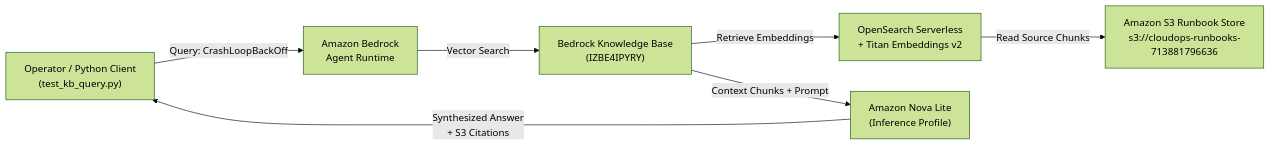
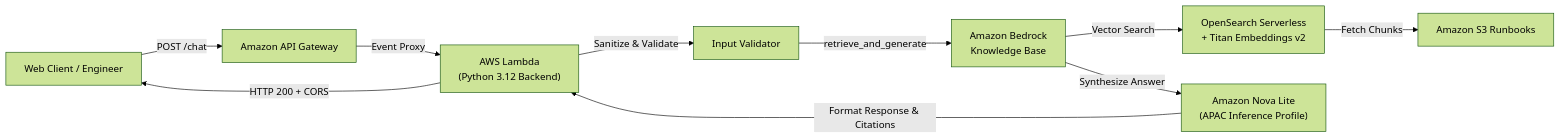
The diagram in README.md (rits1309/AWS-Infrastructure-Troubleshooting-Chatbot), drawn with Mermaid (forest theme) before and after one commit. The commit also changed other lines of this file, not shown here.

Commit message:
docs: update README.md with Phase 2 serverless backend architecture and test results

````diff
--- a/README.md
+++ b/README.md
@@ -16,9 +13,12 @@
 ```mermaid
 flowchart LR
-    A["Operator / Python Client\n(test_kb_query.py)"] -->|"Query: CrashLoopBackOff"| B["Amazon Bedrock\nAgent Runtime"]
-    B -->|"Vector Search"| C["Bedrock Knowledge Base\n(IZBE4IPYRY)"]
-    C -->|"Retrieve Embeddings"| D["OpenSearch Serverless\n+ Titan Embeddings v2"]
-    D -->|"Read Source Chunks"| E["Amazon S3 Runbook Store\ns3://cloudops-runbooks-713881796636"]
-    C -->|"Context Chunks + Prompt"| F["Amazon Nova Lite\n(Inference Profile)"]
-    F -->|"Synthesized Answer\n+ S3 Citations"| A
+    A["Web Client / Engineer"] -->|"POST /chat"| B["Amazon API Gateway"]
+    B -->|"Event Proxy"| C["AWS Lambda\n(Python 3.12 Backend)"]
+    C -->|"Sanitize & Validate"| D["Input Validator"]
+    D -->|"retrieve_and_generate"| E["Amazon Bedrock\nKnowledge Base"]
+    E -->|"Vector Search"| F["OpenSearch Serverless\n+ Titan Embeddings v2"]
+    F -->|"Fetch Chunks"| G["Amazon S3 Runbooks"]
+    E -->|"Synthesize Answer"| H["Amazon Nova Lite\n(APAC Inference Profile)"]
+    H -->|"Format Response & Citations"| C
+    C -->|"HTTP 200 + CORS"| A
 ```
````
